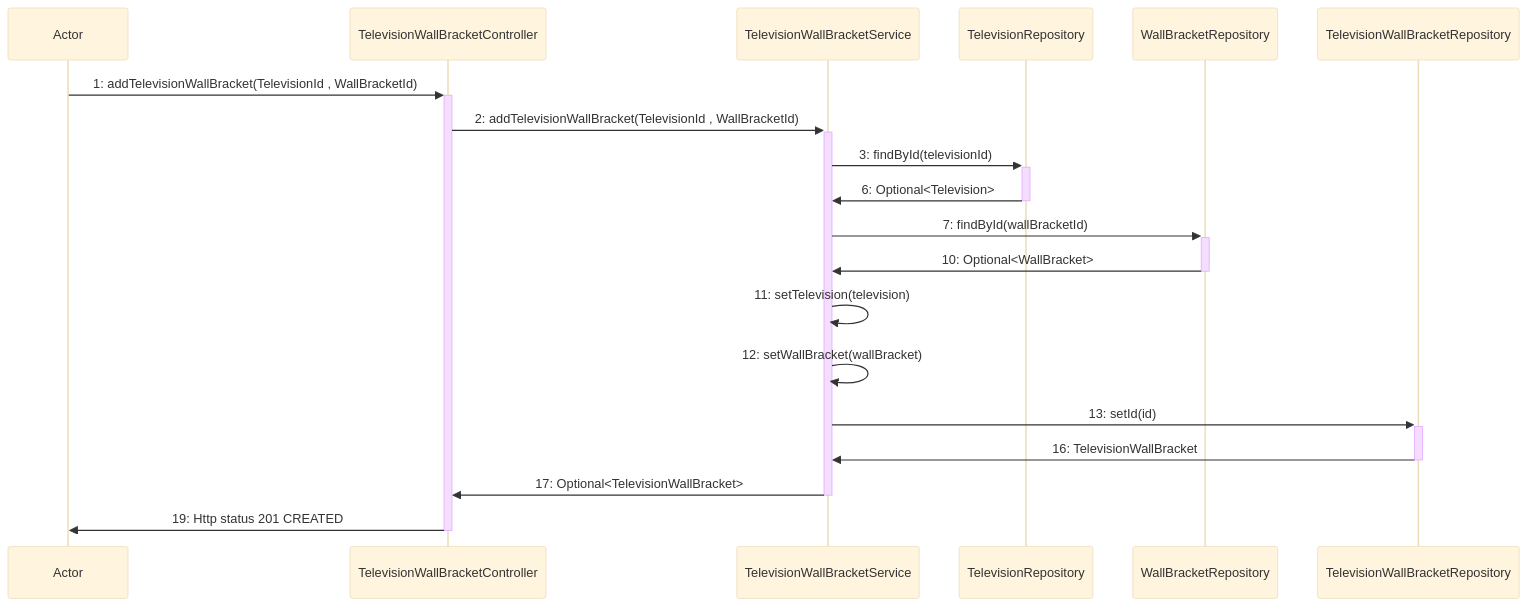
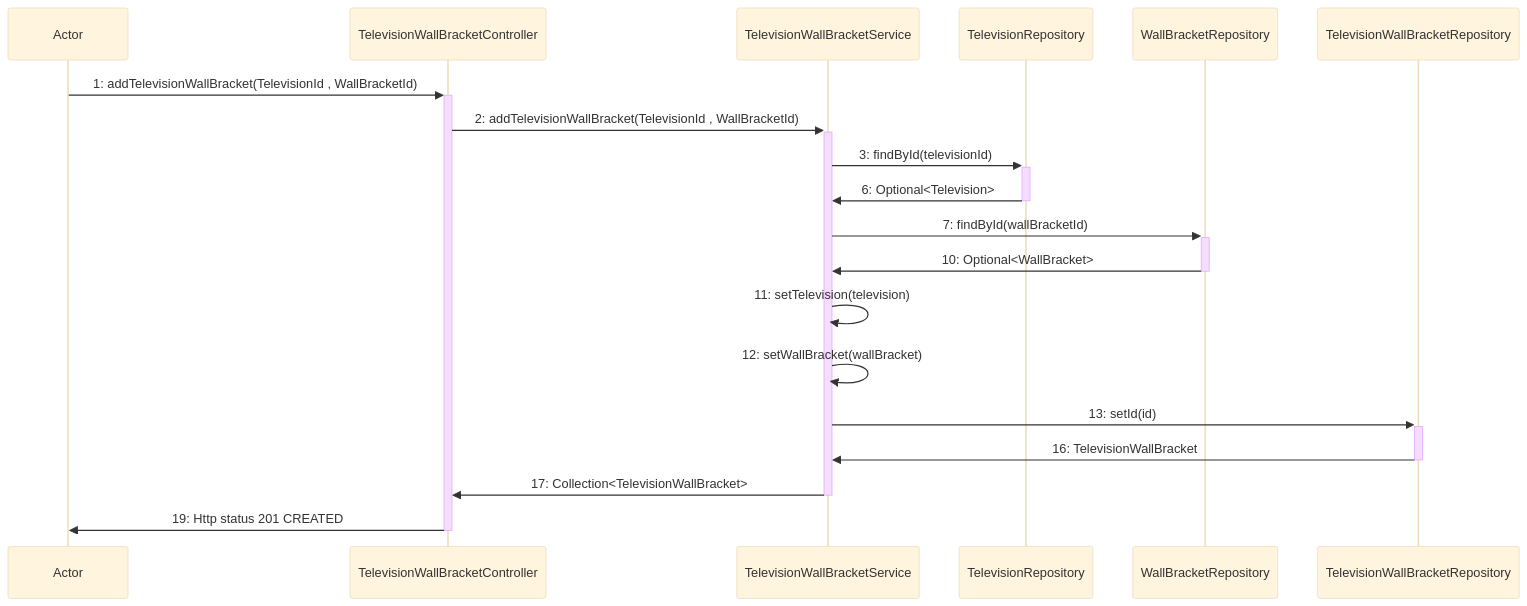
The diagram in docs/sequence-diagrams/WallBracketAanTelevisionToevoegen.md (tarektarho/novi-homework-backend-spring-boot-tech-it-easy), drawn with Mermaid (base theme) before and after one commit. The commit also changed 1 other file, not shown here.

Commit message:
update wallBracketAanTelevisionToevoegen diagram

`````diff
--- a/docs/sequence-diagrams/WallBracketAanTelevisionToevoegen.md
+++ b/docs/sequence-diagrams/WallBracketAanTelevisionToevoegen.md
@@ -1,24 +1,24 @@
 ````mermaid
 
 sequenceDiagram
 participant Client as Actor
 participant TelevisionWallBracketController
 participant TelevisionWallBracketService
 participant TelevisionRepository
 participant WallBracketRepository
 participant TelevisionWallBracketRepository
 
 
     Client->>+TelevisionWallBracketController: 1: addTelevisionWallBracket(TelevisionId , WallBracketId)
     TelevisionWallBracketController->>+TelevisionWallBracketService: 2: addTelevisionWallBracket(TelevisionId , WallBracketId)
     TelevisionWallBracketService->>+TelevisionRepository: 3: findById(televisionId)
     TelevisionRepository->>-TelevisionWallBracketService: 6: Optional<Television>
     TelevisionWallBracketService->>+WallBracketRepository: 7: findById(wallBracketId)
     WallBracketRepository->>-TelevisionWallBracketService: 10: Optional<WallBracket>
     TelevisionWallBracketService->>TelevisionWallBracketService: 11: setTelevision(television)
     TelevisionWallBracketService->>TelevisionWallBracketService: 12: setWallBracket(wallBracket)
     TelevisionWallBracketService->>+TelevisionWallBracketRepository: 13: setId(id)
     TelevisionWallBracketRepository->>-TelevisionWallBracketService: 16: TelevisionWallBracket
-    TelevisionWallBracketService->>-TelevisionWallBracketController: 17: Optional<TelevisionWallBracket>
+    TelevisionWallBracketService->>-TelevisionWallBracketController: 17: Collection<TelevisionWallBracket>
     TelevisionWallBracketController->>-Client:  19: Http status 201 CREATED
 ````
`````
